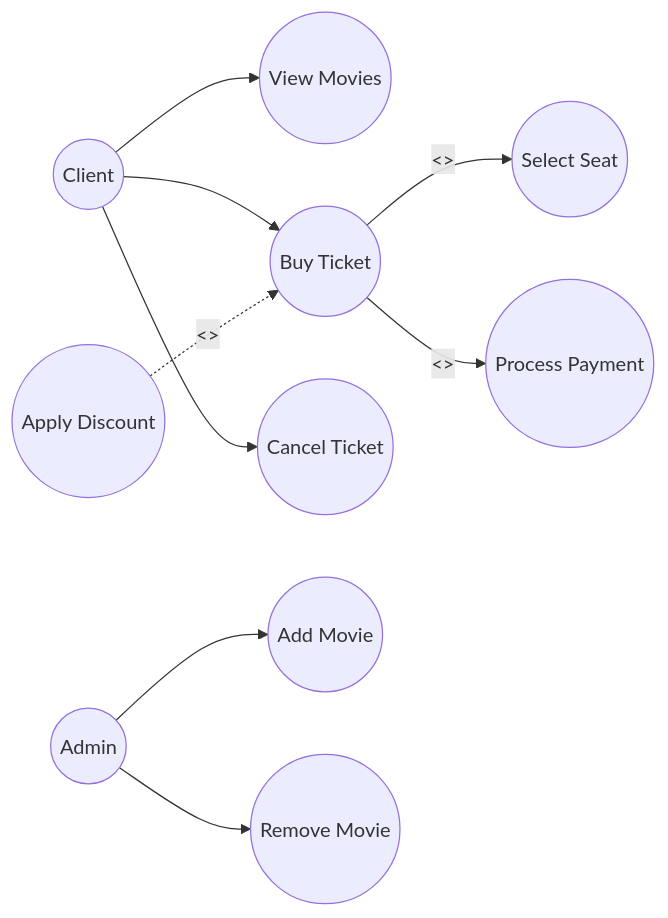
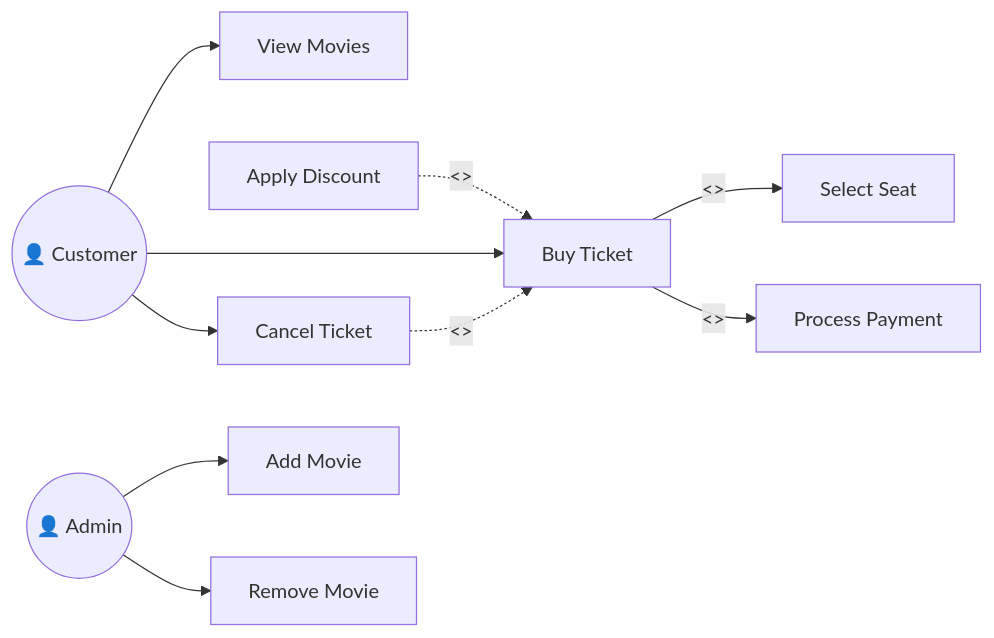
Before and after one commit to DanutSavu/lab2: the diagram in README.md, drawn with Mermaid.

Commit message:
Update flowchart in README with new customer roles

````diff
--- a/README.md
+++ b/README.md
@@ -3,28 +3,29 @@
 ```mermaid
 flowchart LR
 
-Client((Client))
-Admin((Admin))
+Customer((👤 Customer))
+Admin((👤 Admin))
 
-ViewMovies((View Movies))
-BuyTicket((Buy Ticket))
-CancelTicket((Cancel Ticket))
-SelectSeat((Select Seat))
-ProcessPayment((Process Payment))
-ApplyDiscount((Apply Discount))
+ViewMovies[View Movies]
+BuyTicket[Buy Ticket]
+SelectSeat[Select Seat]
+ProcessPayment[Process Payment]
+ApplyDiscount[Apply Discount]
+CancelTicket[Cancel Ticket]
 
-AddMovie((Add Movie))
-RemoveMovie((Remove Movie))
+AddMovie[Add Movie]
+RemoveMovie[Remove Movie]
 
-Client --> ViewMovies
-Client --> BuyTicket
-Client --> CancelTicket
+Customer --> ViewMovies
+Customer --> BuyTicket
+Customer --> CancelTicket
 
 Admin --> AddMovie
 Admin --> RemoveMovie
 
 BuyTicket -->|<<include>>| SelectSeat
 BuyTicket -->|<<include>>| ProcessPayment
 
 ApplyDiscount -.->|<<extend>>| BuyTicket
+CancelTicket -.->|<<extend>>| BuyTicket
 ```
````
